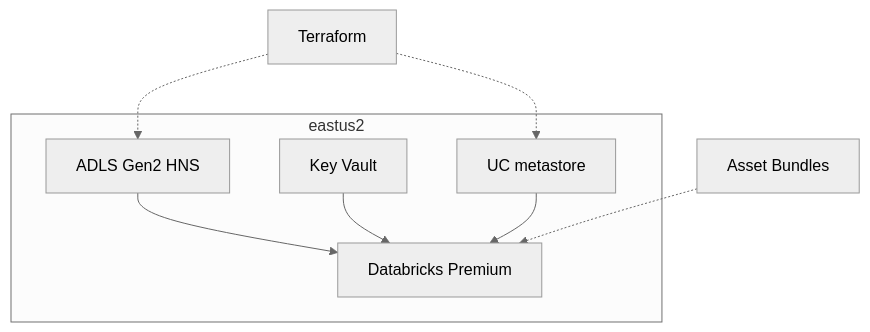
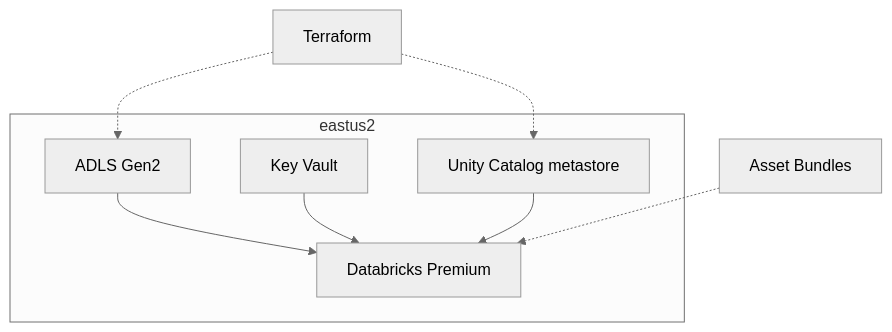
One commit to Dataryx/Databricks-Delta-Lake-Healthcare-Analytics-Platform changed the second of 2 diagrams in docs/architecture.md. Above: the diagram before and after it, drawn with Mermaid (neutral theme). The commit also changed other lines of this file and 67 other files, not shown here.

````diff
--- a/docs/architecture.md
+++ b/docs/architecture.md
@@ -26,15 +31,15 @@
 ```mermaid
 flowchart TB
   subgraph Azure["eastus2"]
-    ADLS[ADLS Gen2 HNS]
+    ADLS[ADLS Gen2]
     ADB[Databricks Premium]
     AKV[Key Vault]
-    UC[UC metastore]
+    UC[Unity Catalog metastore]
   end
   ADLS --> ADB
   AKV --> ADB
   UC --> ADB
   TF[Terraform] -.-> ADLS
   TF -.-> UC
-  DAB[Asset Bundles] -.-> ADB
+  Bundles[Asset Bundles] -.-> ADB
 ```
````
